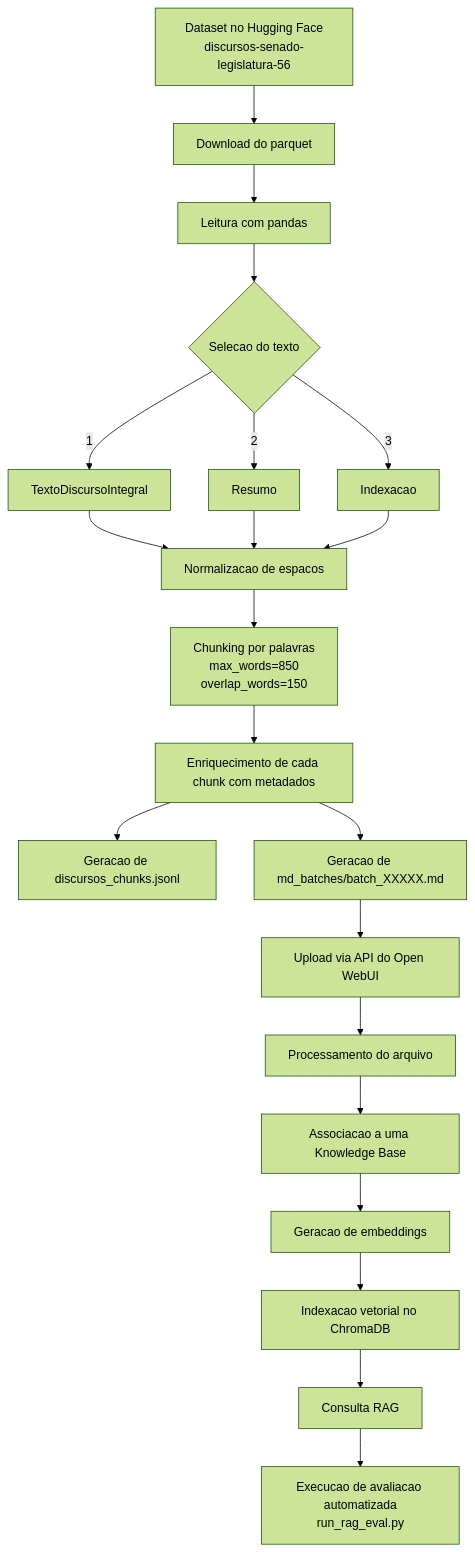
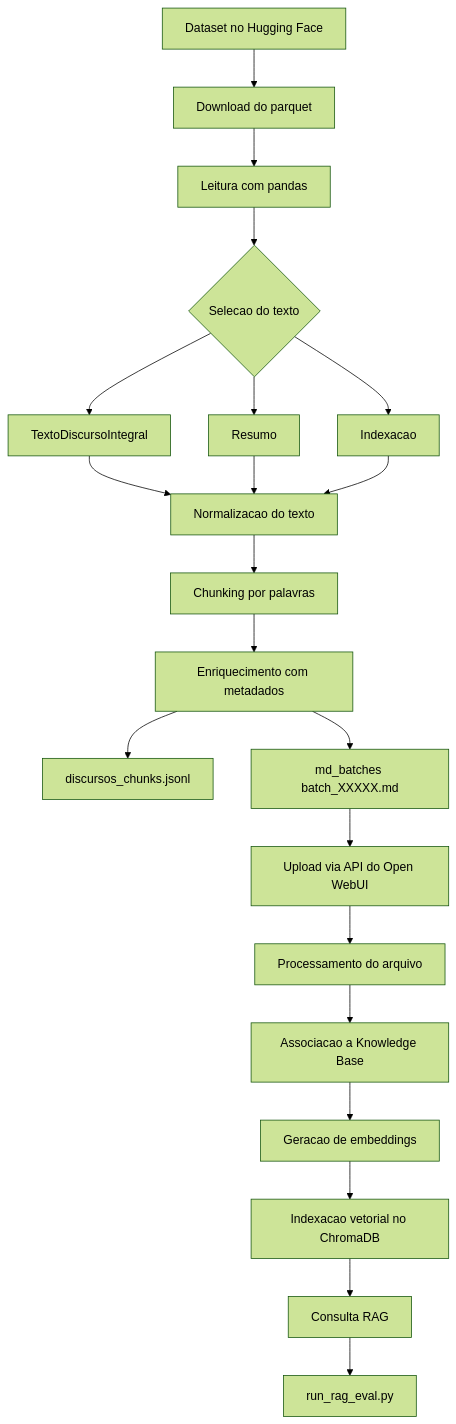
The second of 2 diagrams in 05-iag/4-project/README.md (fabriciosantana/mcdia), drawn with Mermaid (forest theme) before and after one commit. The commit also changed other lines of this file, not shown here.

````diff
--- a/05-iag/4-project/README.md
+++ b/05-iag/4-project/README.md
@@ -109,25 +109,25 @@
 ```mermaid
 flowchart TD
-    A[Dataset no Hugging Face<br/>discursos-senado-legislatura-56] --> B[Download do parquet]
+    A[Dataset no Hugging Face] --> B[Download do parquet]
     B --> C[Leitura com pandas]
     C --> D{Selecao do texto}
-    D -->|1| E[TextoDiscursoIntegral]
-    D -->|2| F[Resumo]
-    D -->|3| G[Indexacao]
+    D --> E[TextoDiscursoIntegral]
+    D --> F[Resumo]
+    D --> G[Indexacao]
 
-    E --> H[Normalizacao de espacos]
+    E --> H[Normalizacao do texto]
     F --> H
     G --> H
 
-    H --> I[Chunking por palavras<br/>max_words=850<br/>overlap_words=150]
-    I --> J[Enriquecimento de cada chunk com metadados]
-    J --> K[Geracao de discursos_chunks.jsonl]
-    J --> L[Geracao de md_batches/batch_XXXXX.md]
+    H --> I[Chunking por palavras]
+    I --> J[Enriquecimento com metadados]
+    J --> K[discursos_chunks.jsonl]
+    J --> L[md_batches batch_XXXXX.md]
     L --> M[Upload via API do Open WebUI]
     M --> N[Processamento do arquivo]
-    N --> O[Associacao a uma Knowledge Base]
+    N --> O[Associacao a Knowledge Base]
     O --> P[Geracao de embeddings]
     P --> Q[Indexacao vetorial no ChromaDB]
     Q --> R[Consulta RAG]
-    R --> S[Execucao de avaliacao automatizada<br/>run_rag_eval.py]
+    R --> S[run_rag_eval.py]
 ```
````
